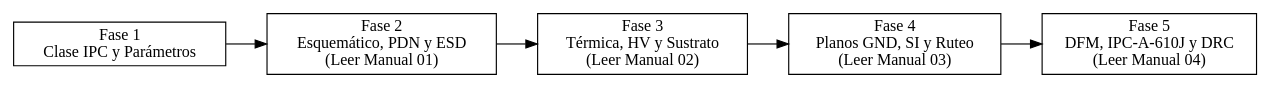
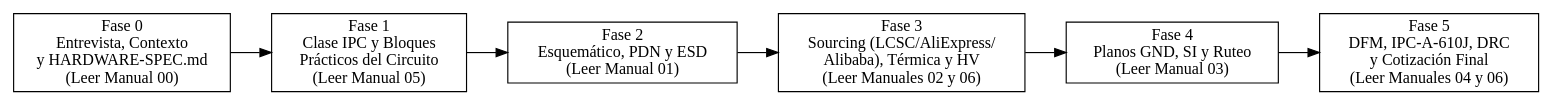
The diagram in skills/designing-pcb-normative/SKILL.md (VictorAntonioCayupil/AGENT-DESIGN-PCB), drawn with Graphviz before and after one commit. The commit also changed other lines of this file and 6 other files, not shown here.

Commit message:
feat(v2.0): add project discovery phase 0, practical electronic blocks, co-pilot workflow, and LCSC/AliExpress/Alibaba sourcing manager

````diff
--- a/skills/designing-pcb-normative/SKILL.md
+++ b/skills/designing-pcb-normative/SKILL.md
@@ -22,12 +24,13 @@
 ```dot
-digraph pcb_normative_flow {
+digraph pcb_normative_v2_flow {
     rankdir=LR;
     node [shape=box];
-    F1 [label="Fase 1\nClase IPC y Parámetros"];
+    F0 [label="Fase 0\nEntrevista, Contexto\ny HARDWARE-SPEC.md\n(Leer Manual 00)"];
+    F1 [label="Fase 1\nClase IPC y Bloques\nPrácticos del Circuito\n(Leer Manual 05)"];
     F2 [label="Fase 2\nEsquemático, PDN y ESD\n(Leer Manual 01)"];
-    F3 [label="Fase 3\nTérmica, HV y Sustrato\n(Leer Manual 02)"];
+    F3 [label="Fase 3\nSourcing (LCSC/AliExpress/\nAlibaba), Térmica y HV\n(Leer Manuales 02 y 06)"];
     F4 [label="Fase 4\nPlanos GND, SI y Ruteo\n(Leer Manual 03)"];
-    F5 [label="Fase 5\nDFM, IPC-A-610J y DRC\n(Leer Manual 04)"];
-    F1 -> F2 -> F3 -> F4 -> F5;
+    F5 [label="Fase 5\nDFM, IPC-A-610J, DRC\ny Cotización Final\n(Leer Manuales 04 y 06)"];
+    F0 -> F1 -> F2 -> F3 -> F4 -> F5;
 }
 ```
````
